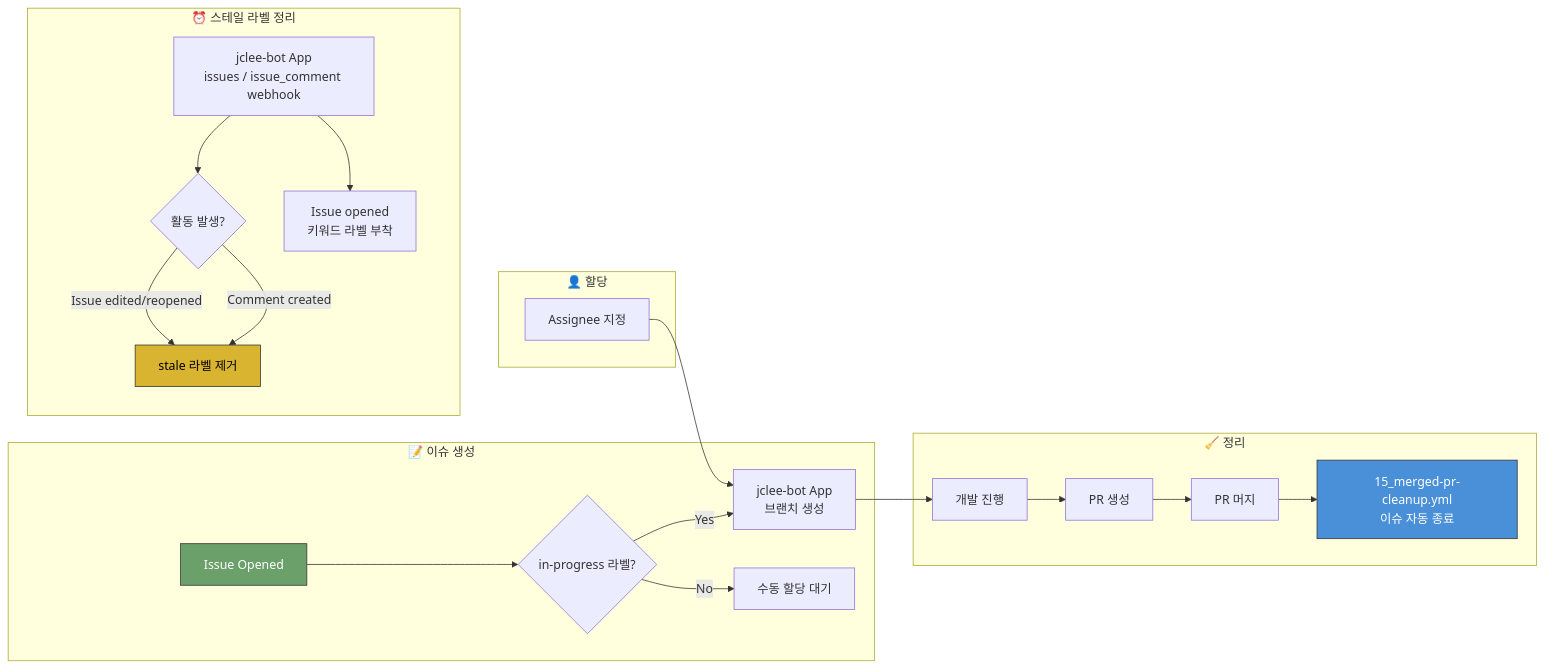
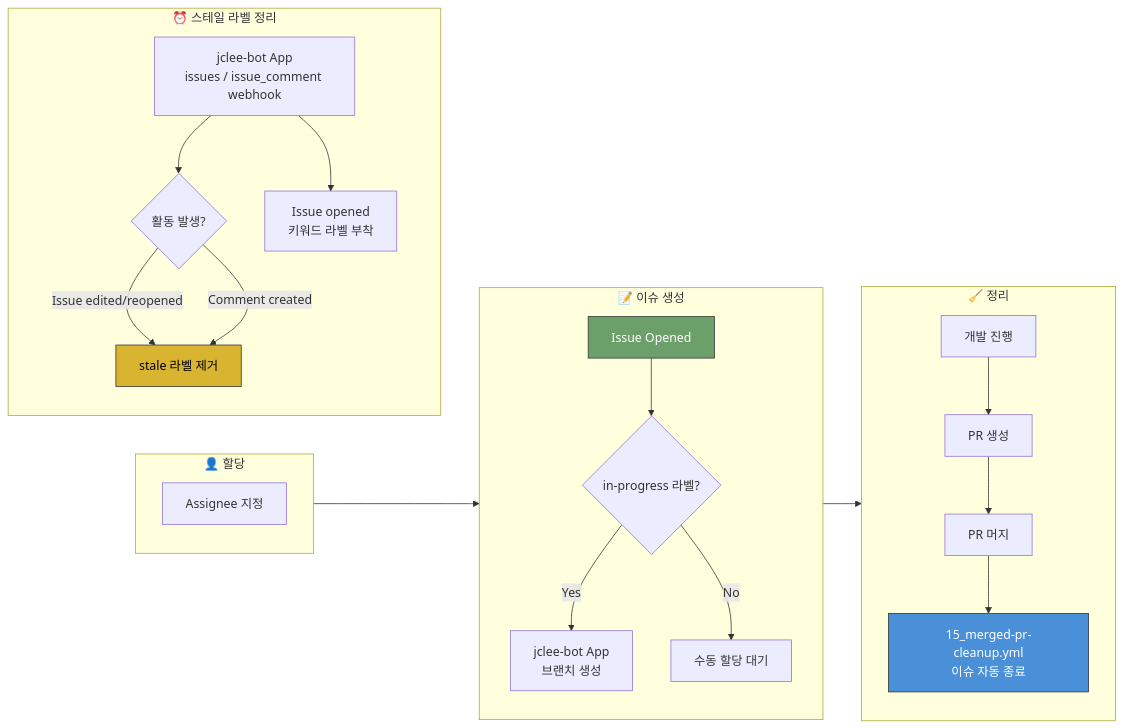
Before and after one commit to jclee941/.github: the fourth of 9 diagrams in docs/architecture.md, drawn with Mermaid. The commit also changed other lines of this file and 3 other files, not shown here.

Commit message:
fix(docs): avoid raw architecture flowcharts

````diff
--- a/docs/architecture.md
+++ b/docs/architecture.md
@@ -164,30 +166,34 @@
 ```mermaid
 flowchart LR
     subgraph 생성["📝 이슈 생성"]
+        direction TB
         A["Issue Opened"] --> B{"in-progress 라벨?"}
         B -->|Yes| C["jclee-bot App<br/>브랜치 생성"]
         B -->|No| D["수동 할당 대기"]
     end
     
     subgraph 할당["👤 할당"]
+        direction TB
         E["Assignee 지정"] --> C
     end
     
     subgraph 정리["🧹 정리"]
+        direction TB
         C --> H["개발 진행"]
         H --> I["PR 생성"]
         I --> J["PR 머지"]
         J --> K["15_merged-pr-cleanup.yml<br/>이슈 자동 종료"]
     end
     
     subgraph 스테일["⏰ 스테일 라벨 정리"]
+        direction TB
         L["jclee-bot App<br/>issues / issue_comment webhook"] --> M{"활동 발생?"}
         M -->|Issue edited/reopened| Q["stale 라벨 제거"]
         M -->|Comment created| Q
         L --> N["Issue opened<br/>키워드 라벨 부착"]
     end
     
     style A fill:#6ba06a,stroke:#333,color:#fff
     style K fill:#4a90d9,stroke:#333,color:#fff
     style Q fill:#d9b430,stroke:#333,color:#000
 ```
````
